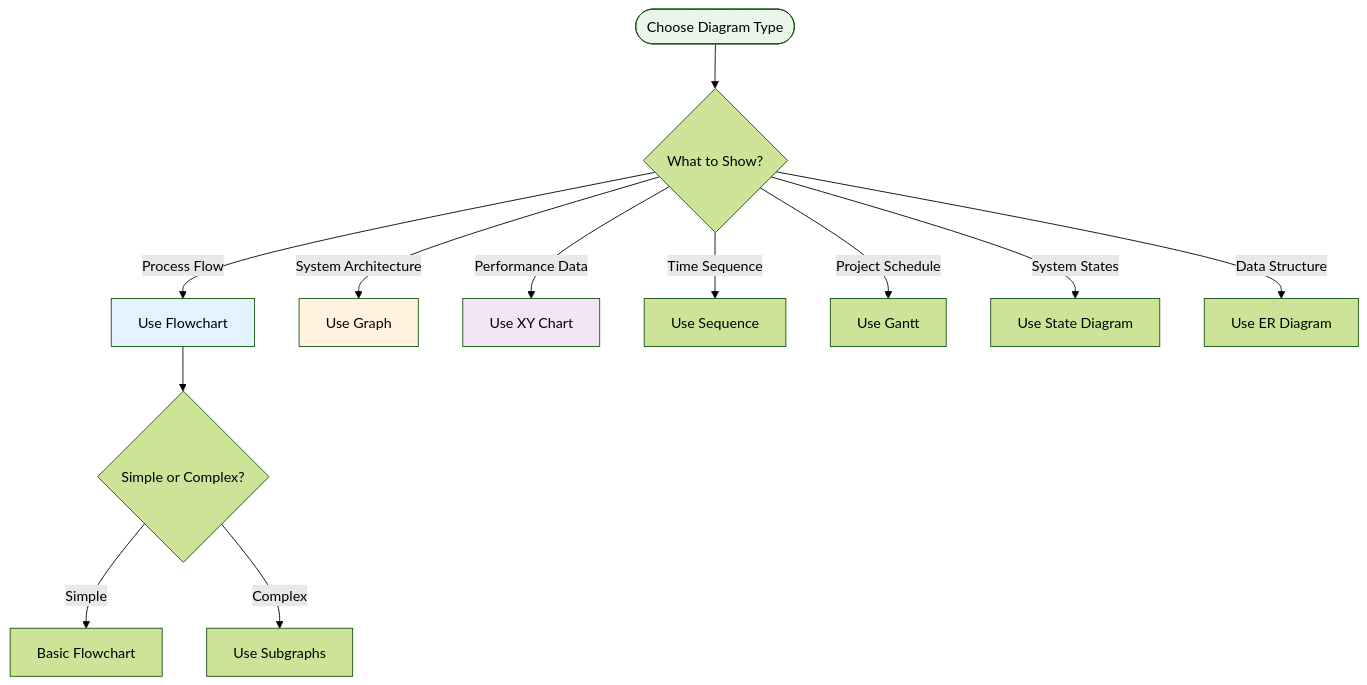
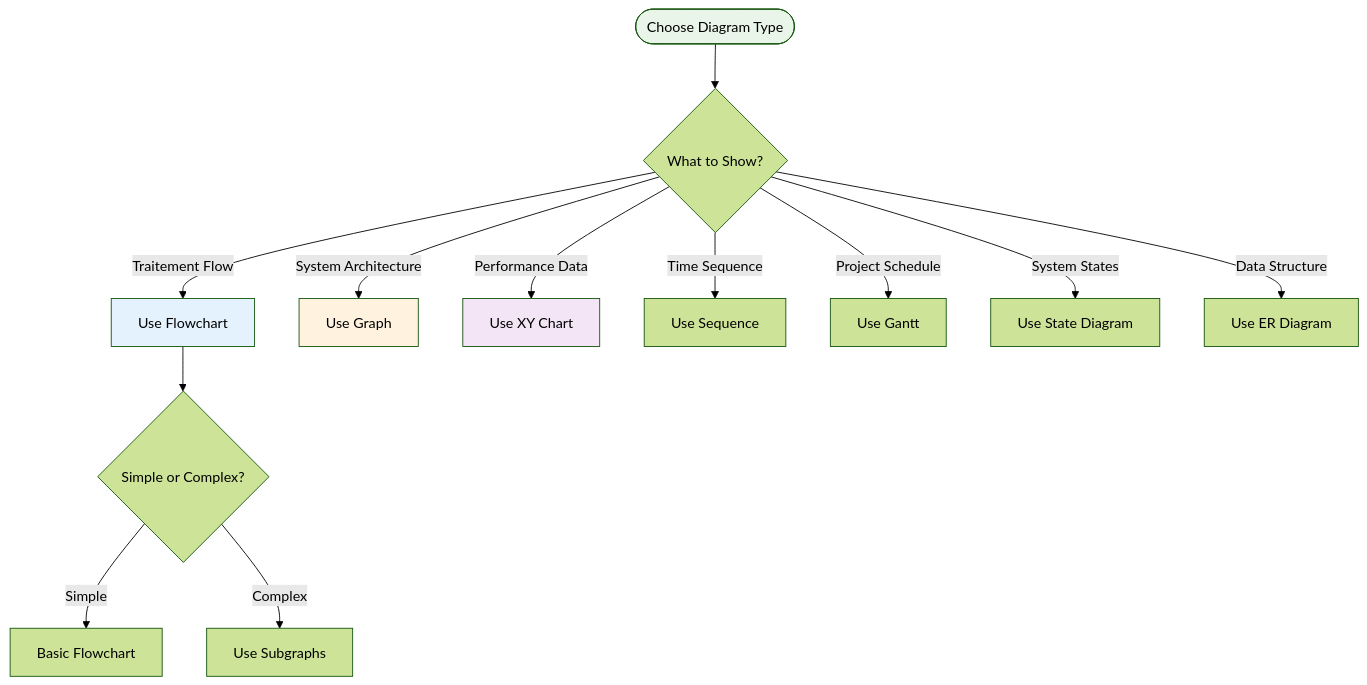
Before and after one commit to sducournau/IGN_LIDAR_HD_DATASET: diagram 12 of 12 in website/i18n/fr/docusaurus-plugin-content-docs/current/mermaid-reference.md, drawn with Mermaid (forest theme). The commit also changed other lines of this file and 42 other files, not shown here.

````diff
--- a/website/i18n/fr/docusaurus-plugin-content-docs/current/mermaid-reference.md
+++ b/website/i18n/fr/docusaurus-plugin-content-docs/current/mermaid-reference.md
@@ -284,21 +276,21 @@
 ```mermaid
 flowchart TD
     Start([Choose Diagram Type]) --> Purpose{What to Show?}
 
-    Purpose -->|Process Flow| Flowchart[Use Flowchart]
+    Purpose -->|Traitement Flow| Flowchart[Use Flowchart]
     Purpose -->|System Architecture| Graph[Use Graph]
     Purpose -->|Performance Data| Chart[Use XY Chart]
     Purpose -->|Time Sequence| Sequence[Use Sequence]
     Purpose -->|Project Schedule| Gantt_D[Use Gantt]
     Purpose -->|System States| State[Use State Diagram]
     Purpose -->|Data Structure| Entity[Use ER Diagram]
 
     Flowchart --> Simple{Simple or Complex?}
     Simple -->|Simple| Basic[Basic Flowchart]
     Simple -->|Complex| Subgraph[Use Subgraphs]
 
     style Start fill:#e8f5e8
     style Flowchart fill:#e3f2fd
     style Graph fill:#fff3e0
     style Chart fill:#f3e5f5
 ```
````
